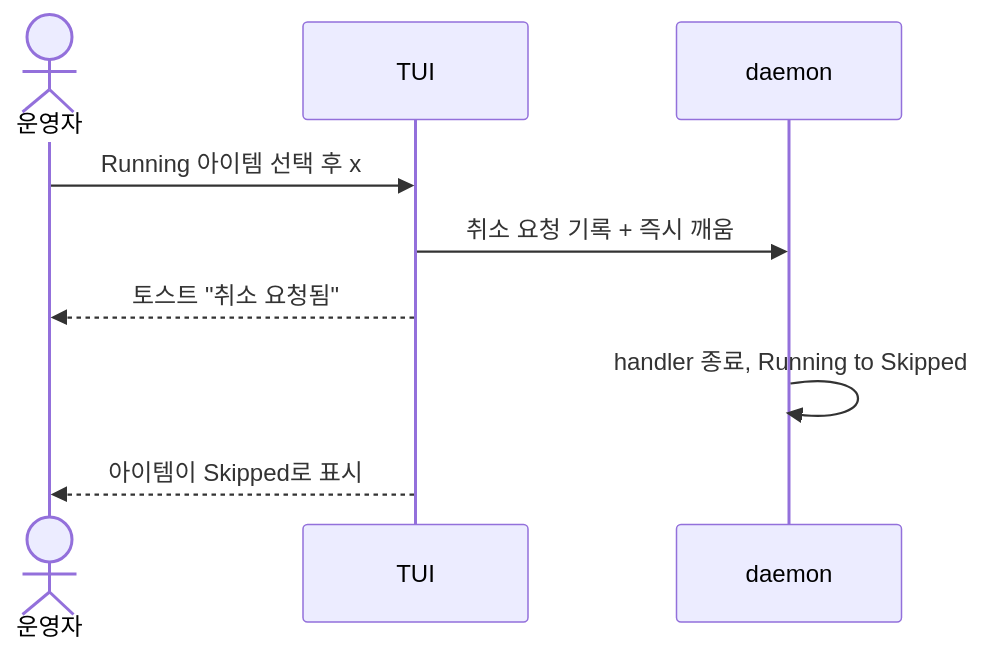
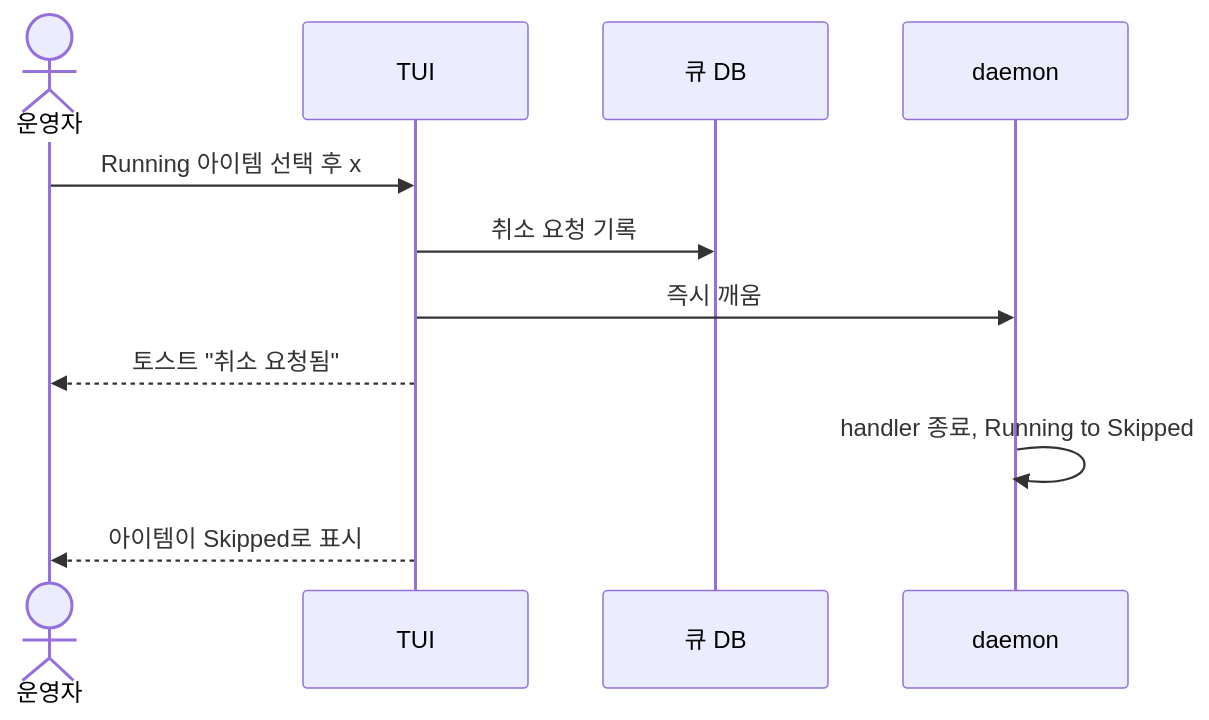
The diagram in spec/flows/05-monitoring.md (kys0213/belt), drawn with Mermaid before and after one commit. The commit also changed 5 other files, not shown here.

Commit message:
docs(spec): address design/flows review and settle replan-over-cap outcome

````diff
--- a/spec/flows/05-monitoring.md
+++ b/spec/flows/05-monitoring.md
@@ -146,11 +146,13 @@
 ```mermaid
 sequenceDiagram
     actor U as 운영자
     participant T as TUI
+    participant DB as 큐 DB
     participant D as daemon
     U->>T: Running 아이템 선택 후 x
-    T->>D: 취소 요청 기록 + 즉시 깨움
+    T->>DB: 취소 요청 기록
+    T->>D: 즉시 깨움
     T-->>U: 토스트 "취소 요청됨"
     D->>D: handler 종료, Running to Skipped
     T-->>U: 아이템이 Skipped로 표시
 ```
````
